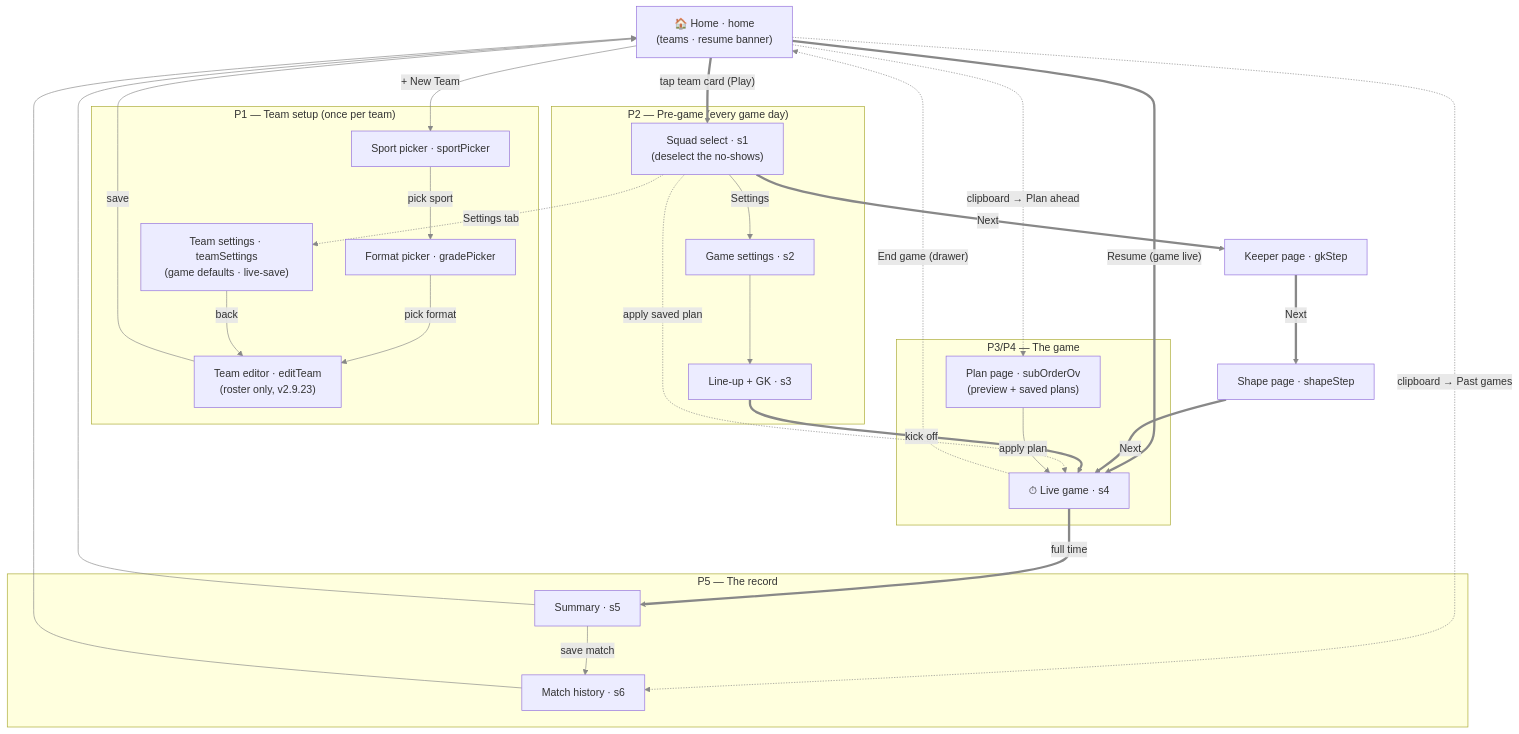
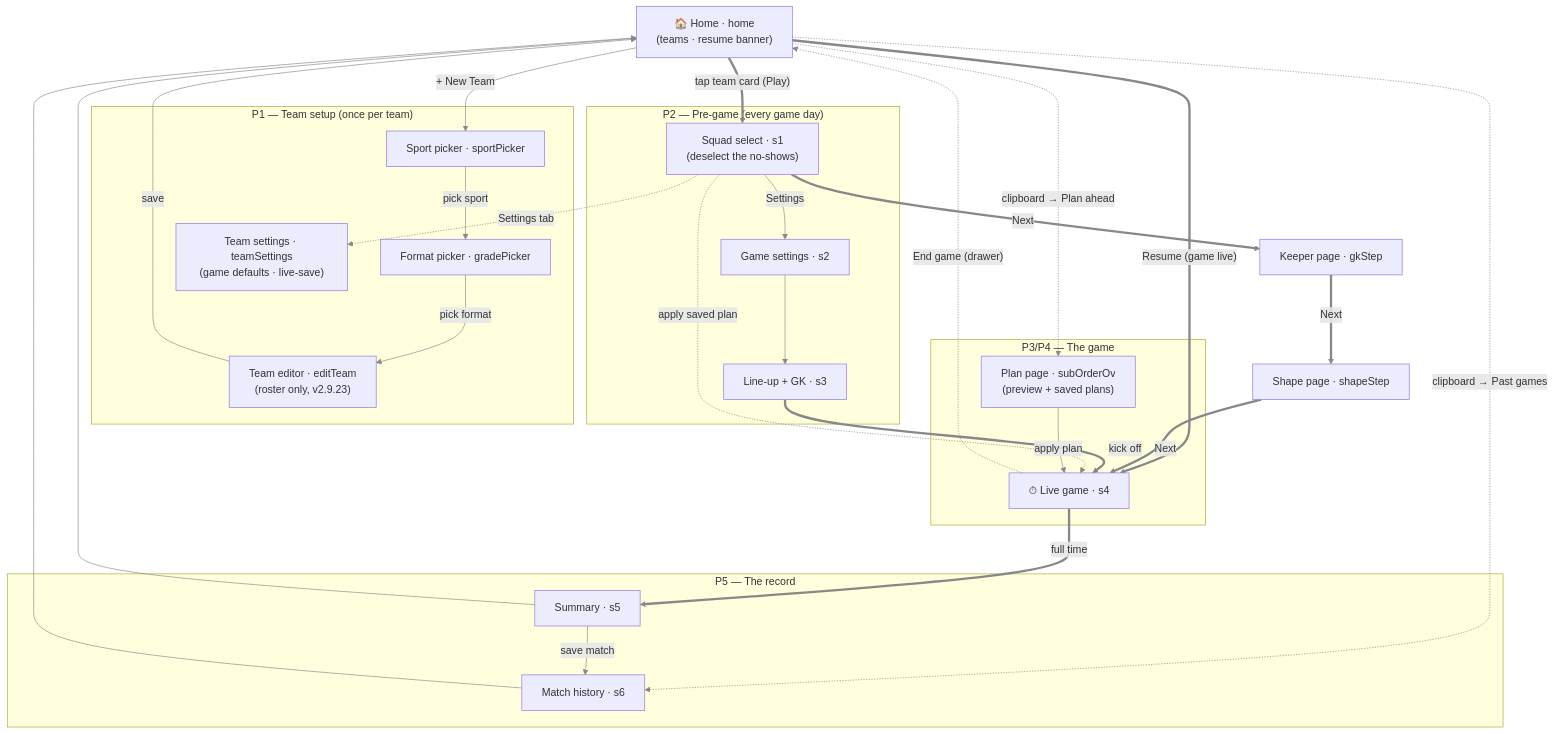
Before and after one commit to PettetArchitects/OSKIMOO_sub-timer: the first of 3 diagrams in docs/FLOW.md, drawn with Mermaid. The commit also changed 6 other files, not shown here.

````diff
--- a/docs/FLOW.md
+++ b/docs/FLOW.md
@@ -7,58 +7,57 @@
 ```mermaid
 flowchart TD
     home["🏠 Home · home<br/>(teams · resume banner)"]
 
     subgraph setup ["P1 — Team setup (once per team)"]
         sportPicker["Sport picker · sportPicker"]
         gradePicker["Format picker · gradePicker"]
         editTeam["Team editor · editTeam<br/>(roster only, v2.9.23)"]
         teamSettings["Team settings · teamSettings<br/>(game defaults · live-save)"]
     end
 
     subgraph pregame ["P2 — Pre-game (every game day)"]
         s1["Squad select · s1<br/>(deselect the no-shows)"]
         s2["Game settings · s2"]
         s3["Line-up + GK · s3"]
     end
 
     subgraph game ["P3/P4 — The game"]
         s4["⏱ Live game · s4"]
         subOrderOv["Plan page · subOrderOv<br/>(preview + saved plans)"]
     end
 
     subgraph record ["P5 — The record"]
         s5["Summary · s5"]
         s6["Match history · s6"]
     end
 
     home -->|"+ New Team"| sportPicker
     sportPicker -->|"pick sport"| gradePicker
     gradePicker -->|"pick format"| editTeam
     editTeam -->|"save"| home
     s1 -.->|"Settings tab"| teamSettings
-    teamSettings -->|"back"| editTeam
 
     home ==>|"tap team card (Play)"| s1
     home -.->|"clipboard → Past games"| s6
     home -.->|"clipboard → Plan ahead"| subOrderOv
     home ==>|"Resume (game live)"| s4
 
     s1 -->|"Settings"| s2
     s2 --> s3
     s1 ==>|"Next"| gkStep["Keeper page · gkStep"]
     gkStep ==>|"Next"| shapeStep["Shape page · shapeStep"]
     shapeStep ==>|"Next"| s4
     s3 ==>|"kick off"| s4
     s1 -.->|"apply saved plan"| s4
 
     subOrderOv -->|"apply plan"| s4
 
     s4 ==>|"full time"| s5
     s5 -->|"save match"| s6
     s5 --> home
     s6 --> home
 
     s4 -.->|"End game (drawer)"| home
 
     linkStyle default stroke:#888
 ```
````
